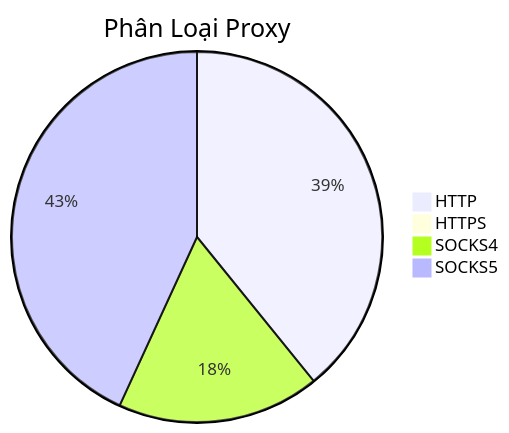
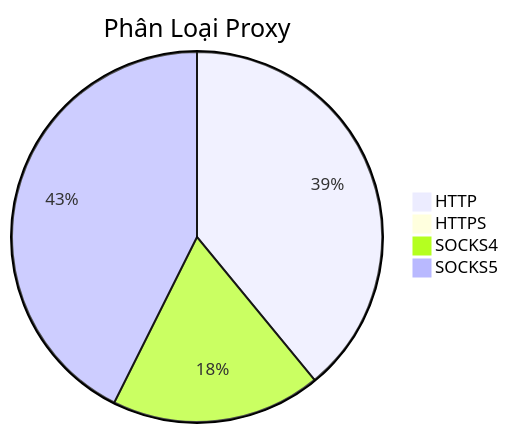
One commit to Ciara-12/PROXY-free changed the diagram in README.md. Above: the diagram before and after it, drawn with Mermaid. The commit also changed other lines of this file and 4 other files, not shown here.

````diff
--- a/README.md
+++ b/README.md
@@ -26,7 +26,7 @@
 ```mermaid
 pie title Phân Loại Proxy
-    "HTTP" : 972
-    "HTTPS" : 1
-    "SOCKS4" : 439
-    "SOCKS5" : 1071
+    "HTTP" : 884
+    "HTTPS" : 2
+    "SOCKS4" : 415
+    "SOCKS5" : 965
 ```
````
